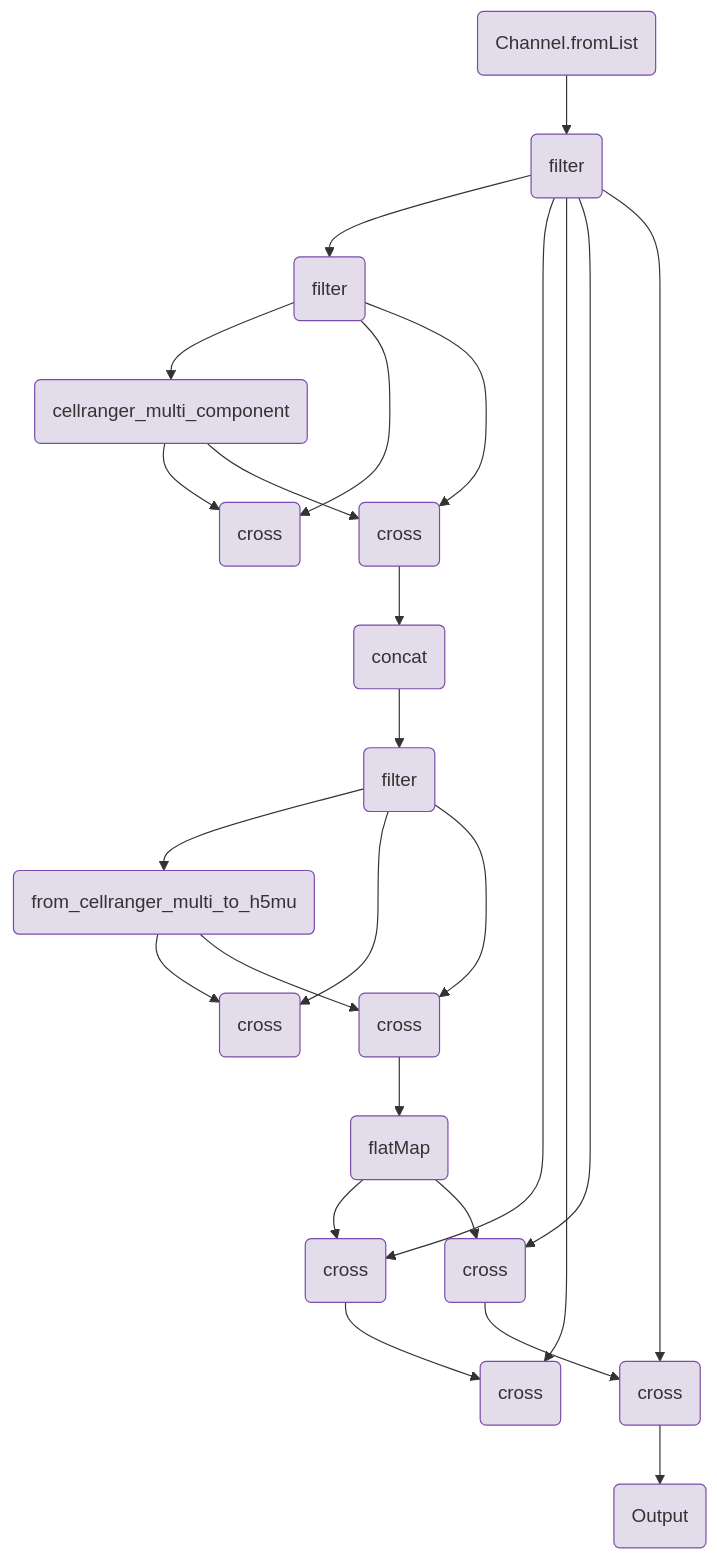
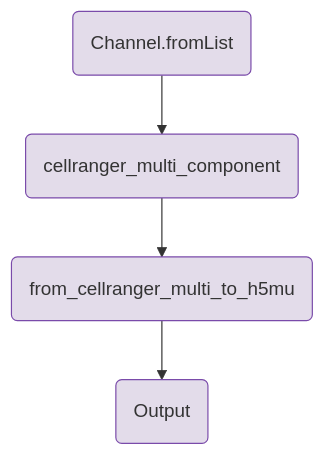
The diagram in components/workflows/ingestion/cellranger_multi.qmd (openpipelines-bio/website), drawn with Mermaid before and after one commit. The commit also changed other lines of this file and 144 other files, not shown here.

````diff
--- a/components/workflows/ingestion/cellranger_multi.qmd
+++ b/components/workflows/ingestion/cellranger_multi.qmd
@@ -282,62 +186,15 @@
 ```{mermaid}
 flowchart TB
     v0(Channel.fromList)
-    v2(filter)
-    v9(filter)
-    v39(concat)
     v17(cellranger_multi_component)
-    v24(cross)
-    v34(cross)
-    v44(filter)
-    v49(from_cellranger_multi_to_h5mu)
-    v56(cross)
-    v66(cross)
-    v77(flatMap)
-    v83(cross)
-    v90(cross)
-    v102(cross)
-    v109(cross)
-    v113(Output)
-    v0-->v2
-    v2-->v9
-    v9-->v17
-    v17-->v24
-    v9-->v24
-    v9-->v34
-    v34-->v39
-    v44-->v49
-    v49-->v56
-    v44-->v56
-    v44-->v66
-    v77-->v83
-    v2-->v83
-    v83-->v90
-    v2-->v90
-    v2-->v102
-    v102-->v109
-    v2-->v109
-    v109-->v113
-    v17-->v34
-    v39-->v44
-    v49-->v66
-    v66-->v77
-    v77-->v102
+    v37(from_cellranger_multi_to_h5mu)
+    v64(Output)
+    v0-->v17
+    v17-->v37
+    v37-->v64
     style v0 fill:#e3dcea,stroke:#7a4baa;
-    style v2 fill:#e3dcea,stroke:#7a4baa;
-    style v9 fill:#e3dcea,stroke:#7a4baa;
-    style v39 fill:#e3dcea,stroke:#7a4baa;
     style v17 fill:#e3dcea,stroke:#7a4baa;
-    style v24 fill:#e3dcea,stroke:#7a4baa;
-    style v34 fill:#e3dcea,stroke:#7a4baa;
-    style v44 fill:#e3dcea,stroke:#7a4baa;
-    style v49 fill:#e3dcea,stroke:#7a4baa;
-    style v56 fill:#e3dcea,stroke:#7a4baa;
-    style v66 fill:#e3dcea,stroke:#7a4baa;
-    style v77 fill:#e3dcea,stroke:#7a4baa;
-    style v83 fill:#e3dcea,stroke:#7a4baa;
-    style v90 fill:#e3dcea,stroke:#7a4baa;
-    style v102 fill:#e3dcea,stroke:#7a4baa;
-    style v109 fill:#e3dcea,stroke:#7a4baa;
-    style v113 fill:#e3dcea,stroke:#7a4baa;
+    style v37 fill:#e3dcea,stroke:#7a4baa;
+    style v64 fill:#e3dcea,stroke:#7a4baa;
 
 ```
````
